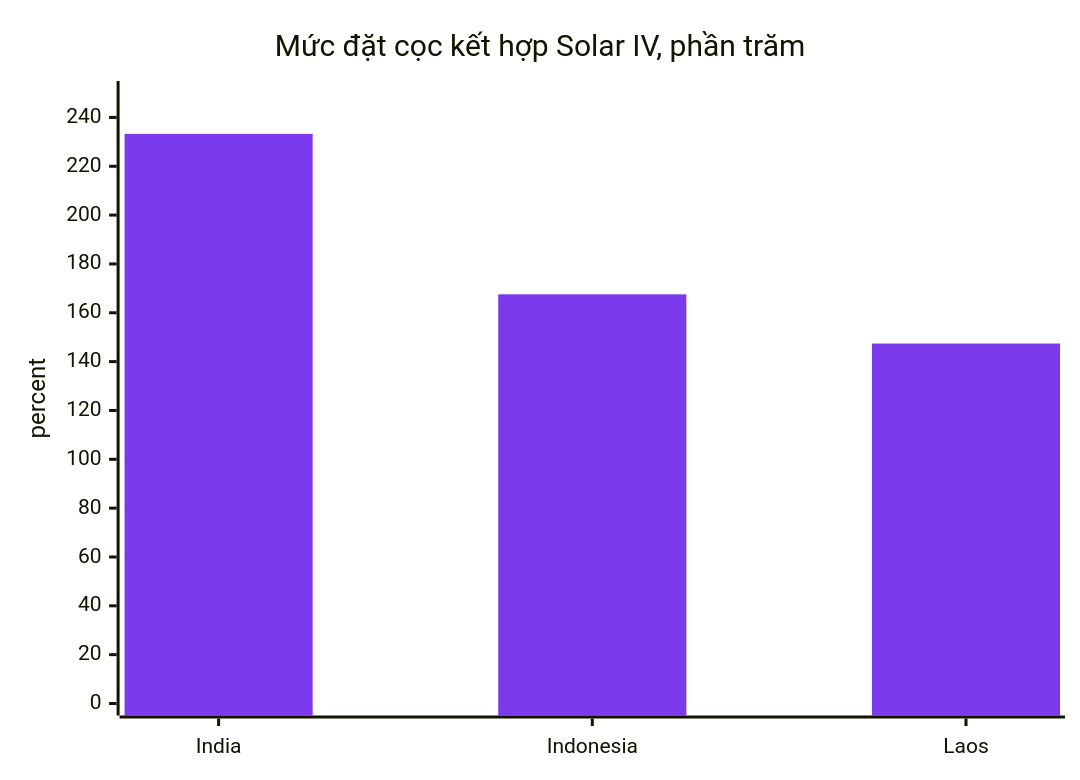
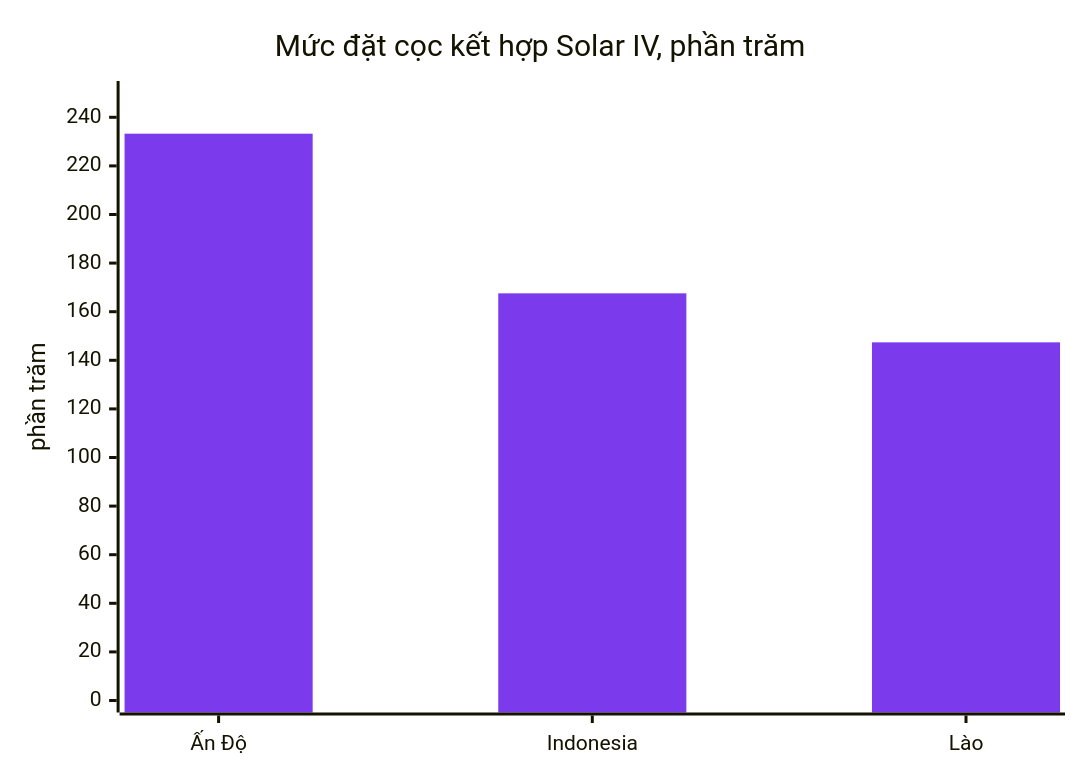
Before and after one commit to dureach/research: the second of 13 diagrams in Global-Trade-Intelligence-weekly-2026-11-16/index.vi.md, drawn with Mermaid. The commit also changed other lines of this file and 5 other files, not shown here.

````diff
--- a/Global-Trade-Intelligence-weekly-2026-11-16/index.vi.md
+++ b/Global-Trade-Intelligence-weekly-2026-11-16/index.vi.md
@@ -237,8 +237,8 @@
 ```mermaid
 %%{init: {'theme': 'base', 'themeVariables': {'xyChart': {'plotColorPalette': '#7c3aed'}}}}%%
 xychart-beta
     title "Mức đặt cọc kết hợp Solar IV, phần trăm"
-    x-axis ["India", "Indonesia", "Laos"]
-    y-axis "percent" 0 --> 250
+    x-axis ["Ấn Độ", "Indonesia", "Lào"]
+    y-axis "phần trăm" 0 --> 250
     bar [233.26, 167.56, 147.39]
 ```
````
